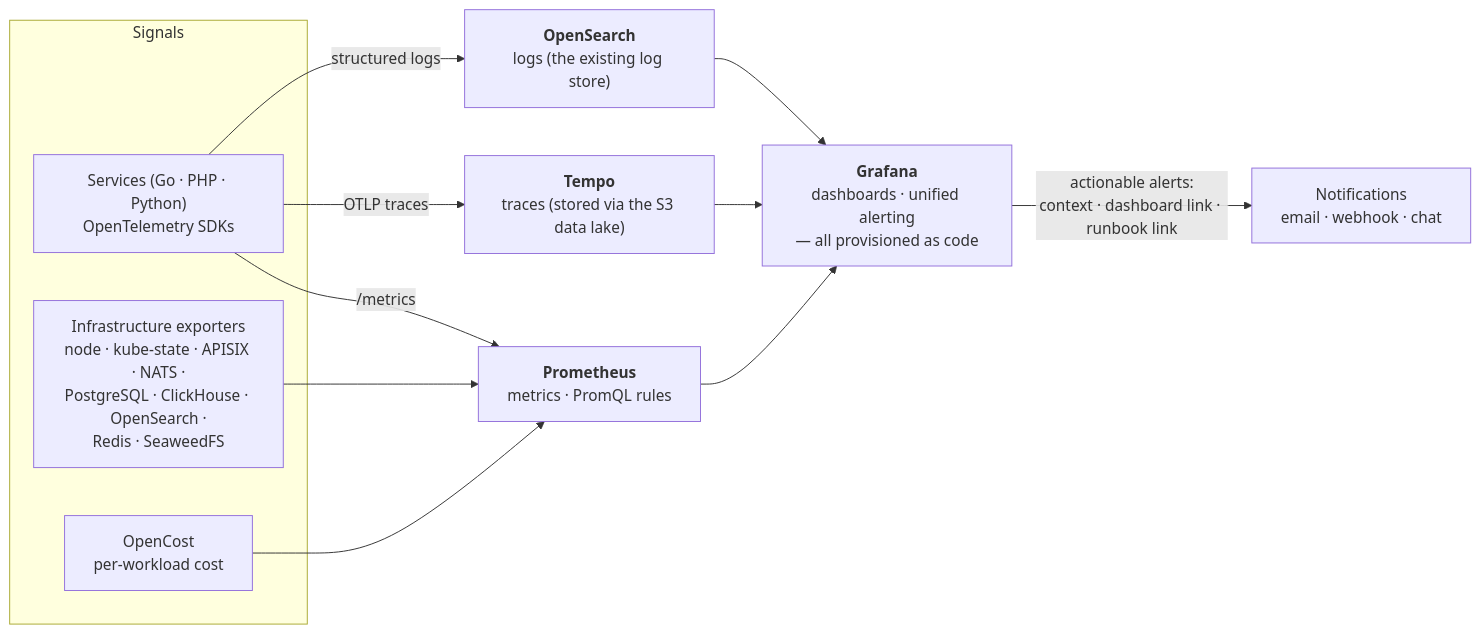
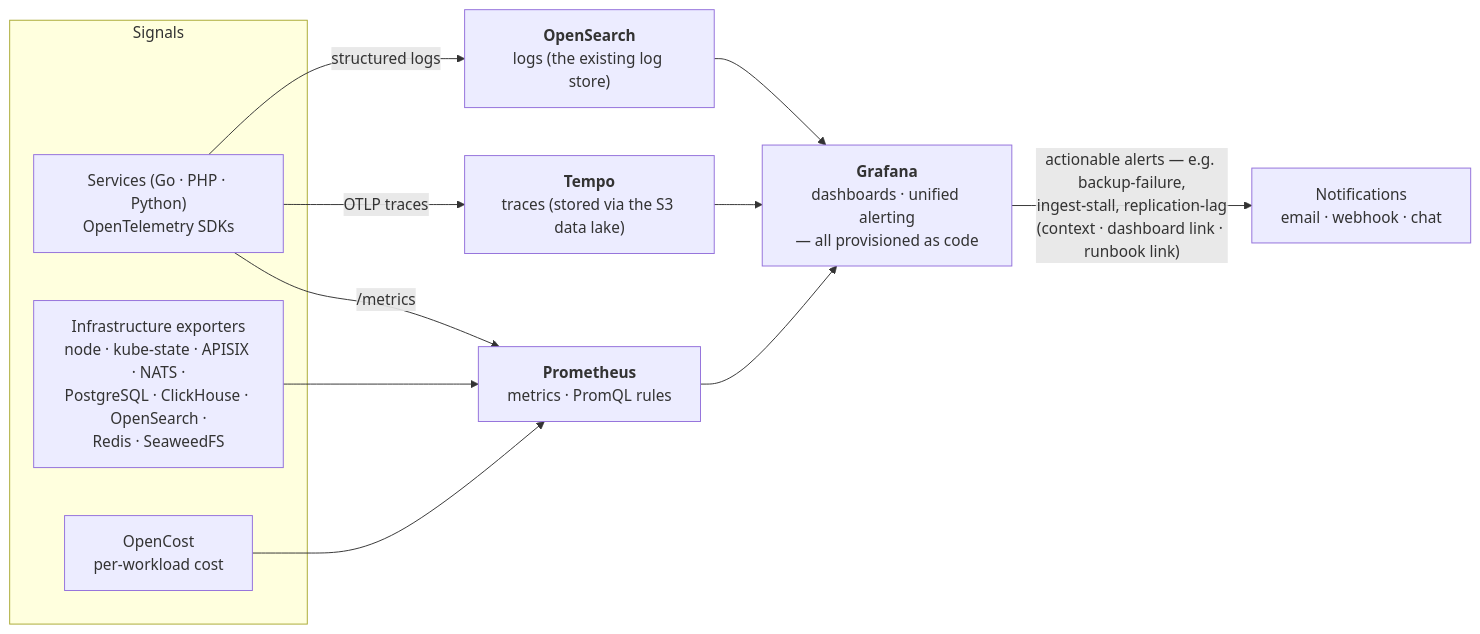
The fourth of 4 diagrams in README.md (marco-montesines/maagaparuga), drawn with Mermaid before and after one commit. The commit also changed other lines of this file and 1 other file, not shown here.

First line of the commit message:
docs: surface disaster recovery & ransomware resistance across the diagrams

````diff
--- a/README.md
+++ b/README.md
@@ -429,24 +484,24 @@
 ```mermaid
 flowchart LR
     subgraph signals["Signals"]
         svc["Services (Go · PHP · Python)<br/>OpenTelemetry SDKs"]
         exporters["Infrastructure exporters<br/>node · kube-state · APISIX · NATS ·<br/>PostgreSQL · ClickHouse · OpenSearch ·<br/>Redis · SeaweedFS"]
         cost["OpenCost<br/>per-workload cost"]
     end
 
     prom["<b>Prometheus</b><br/>metrics · PromQL rules"]
     tempo["<b>Tempo</b><br/>traces (stored via the S3 data lake)"]
     oslogs["<b>OpenSearch</b><br/>logs (the existing log store)"]
     graf["<b>Grafana</b><br/>dashboards · unified alerting<br/>— all provisioned as code"]
     notify["Notifications<br/>email · webhook · chat"]
 
     svc -- "/metrics" --> prom
     exporters --> prom
     cost --> prom
     svc -- "OTLP traces" --> tempo
     svc -- "structured logs" --> oslogs
     prom --> graf
     tempo --> graf
     oslogs --> graf
-    graf -- "actionable alerts:<br/>context · dashboard link · runbook link" --> notify
+    graf -- "actionable alerts — e.g. backup-failure,<br/>ingest-stall, replication-lag<br/>(context · dashboard link · runbook link)" --> notify
 ```
````
